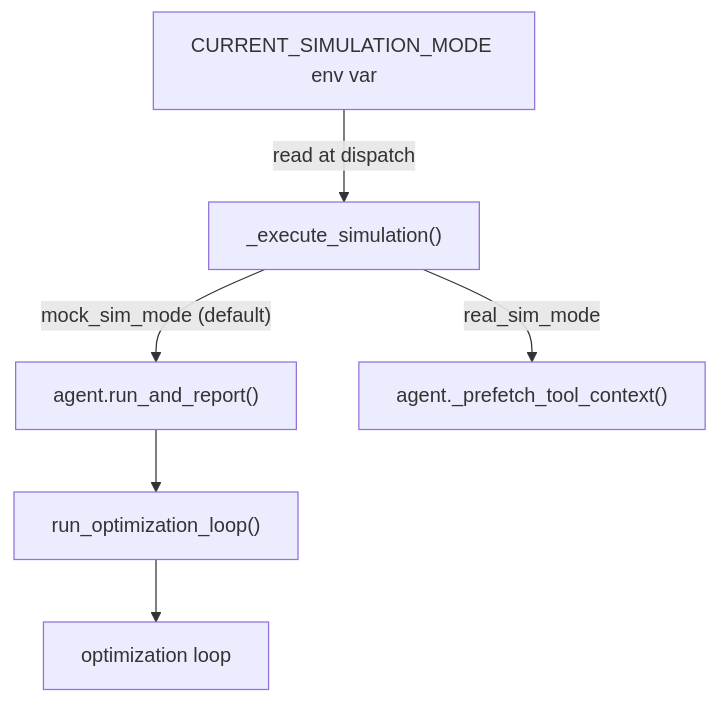
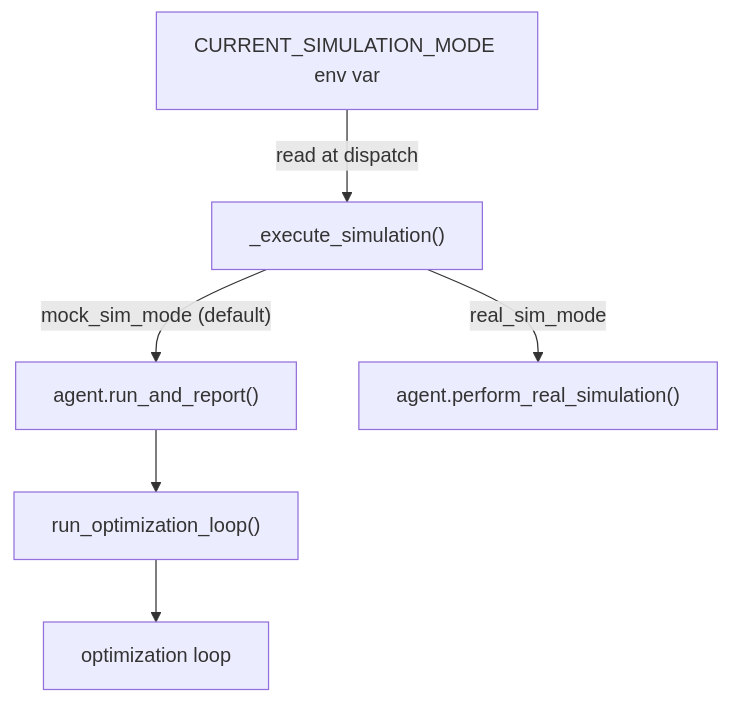
The third of 4 diagrams in ARCHITECTURE.md (Alope489/llm-sandbox), drawn with Mermaid before and after one commit. The commit also changed other lines of this file and 4 other files, not shown here.

First line of the commit message:
Rename _prefetch_tool_context to perform_real_simulation

````diff
--- a/ARCHITECTURE.md
+++ b/ARCHITECTURE.md
@@ -335,8 +335,8 @@
 ```mermaid
 flowchart TD
     envVar["CURRENT_SIMULATION_MODE env var"] -->|"read at dispatch"| executeSimulation["_execute_simulation()"]
     executeSimulation -->|"mock_sim_mode (default)"| runAndReport["agent.run_and_report()"]
-    executeSimulation -->|"real_sim_mode"| prefetch["agent._prefetch_tool_context()"]
+    executeSimulation -->|"real_sim_mode"| prefetch["agent.perform_real_simulation()"]
     runAndReport --> runLoop["run_optimization_loop()"]
     runLoop --> loop["optimization loop"]
 ```
````
